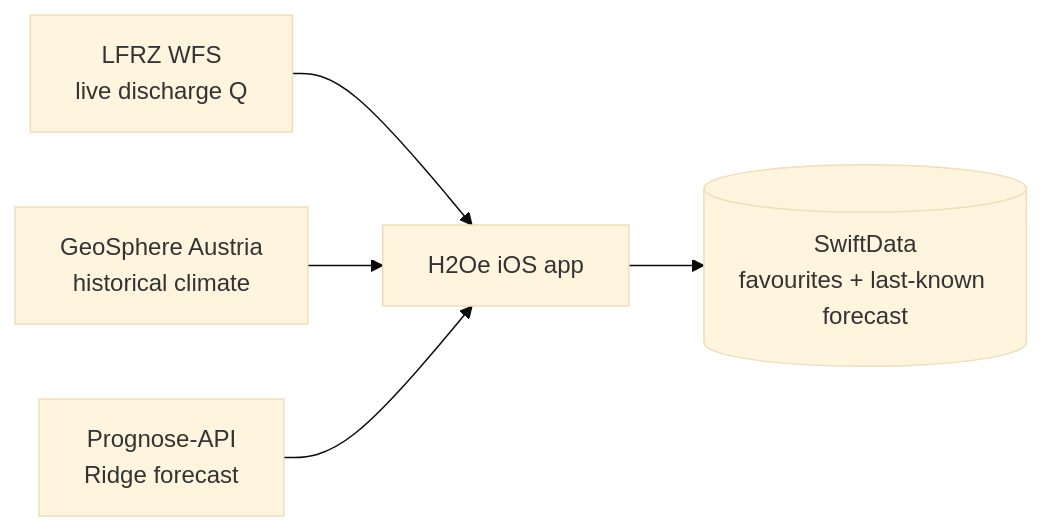
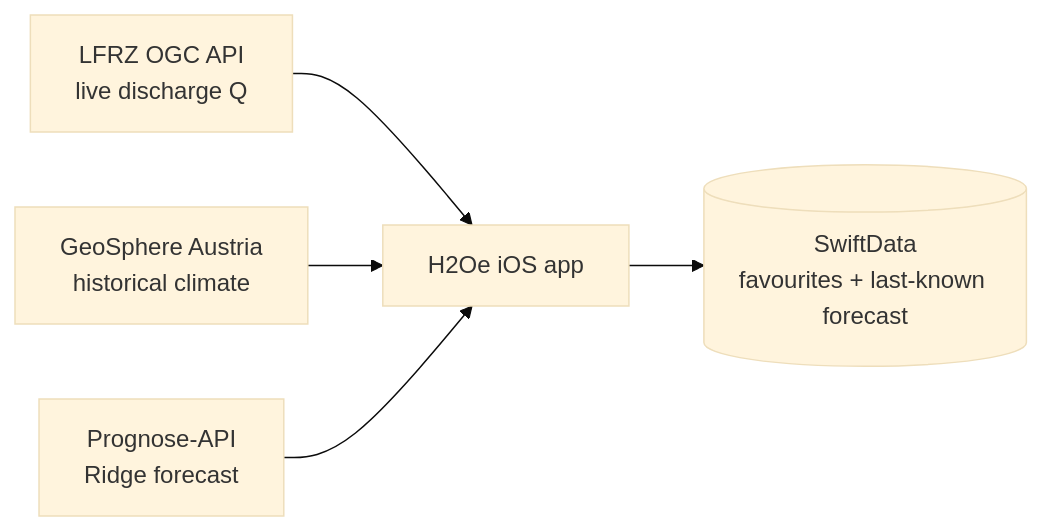
The diagram in README.md (ChristinaSoM/H2Oe), drawn with Mermaid (base theme) before and after one commit. The commit also changed other lines of this file, not shown here.

Commit message:
docs: OGC endpoint, warning levels, AI transparency in README

````diff
--- a/README.md
+++ b/README.md
@@ -36,7 +39,7 @@
 ```mermaid
 flowchart LR
-    WFS[LFRZ WFS\nlive discharge Q] --> App[H2Oe iOS app]
+    WFS[LFRZ OGC API\nlive discharge Q] --> App[H2Oe iOS app]
     GEO[GeoSphere Austria\nhistorical climate] --> App
     API[Prognose-API\nRidge forecast] --> App
     App --> SD[(SwiftData\nfavourites + last-known forecast)]
 ```
````
